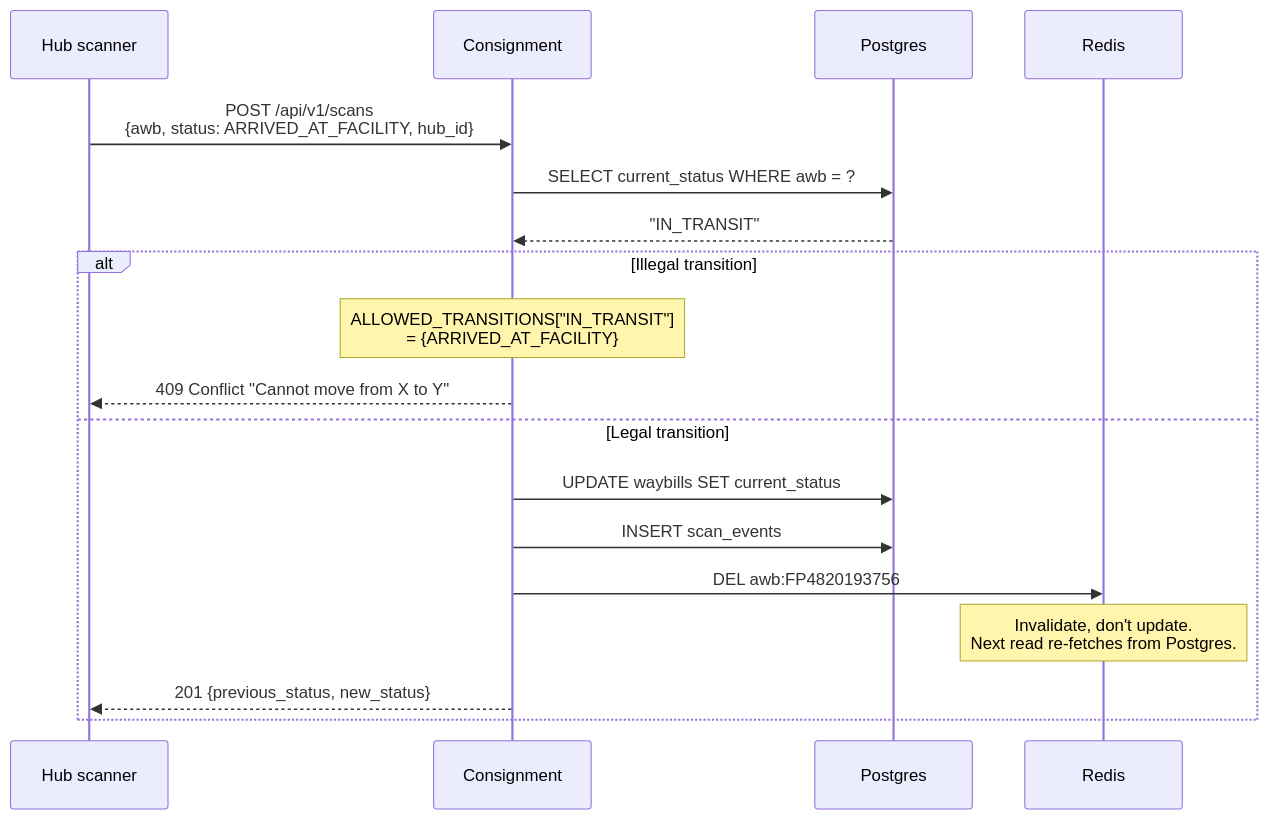
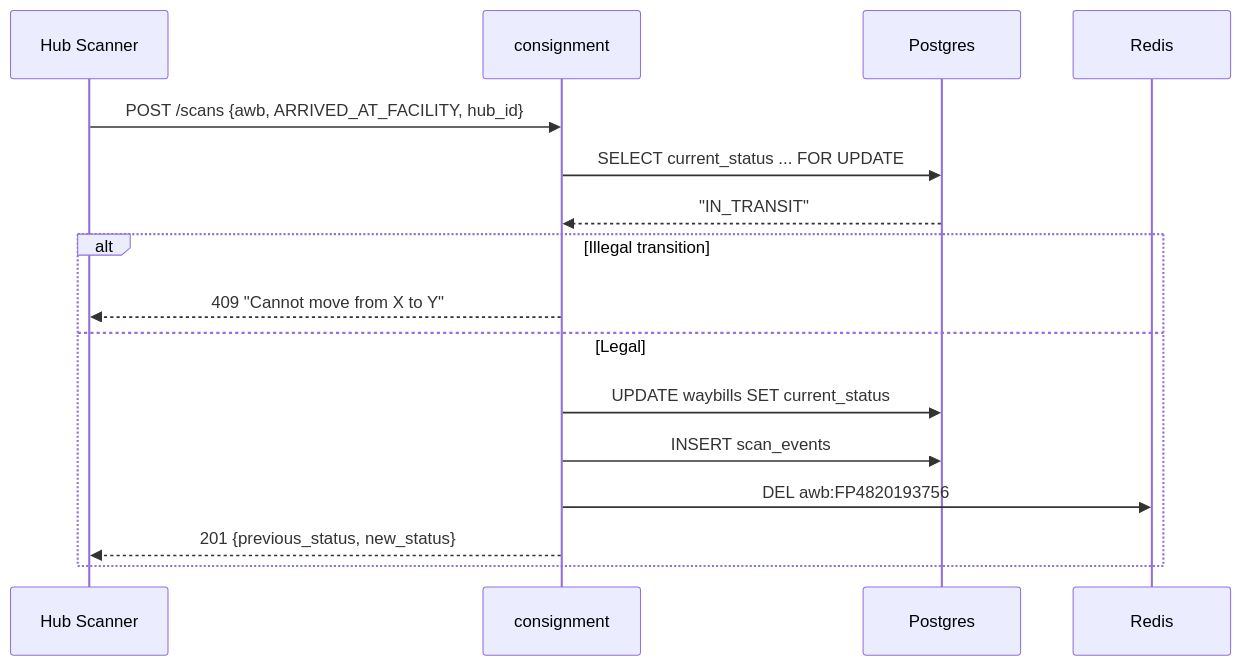
The fifth of 10 diagrams in docs/FleetPulse-Architecture.md (shashu775/fleetpulse), drawn with Mermaid before and after one commit. The commit also changed other lines of this file and 40 other files, not shown here.

````diff
--- a/docs/FleetPulse-Architecture.md
+++ b/docs/FleetPulse-Architecture.md
@@ -163,22 +241,20 @@
 ```mermaid
 sequenceDiagram
-    participant H as Hub scanner
-    participant C as Consignment
+    participant H as Hub Scanner
+    participant C as consignment
     participant P as Postgres
     participant R as Redis
 
-    H->>C: POST /api/v1/scans<br/>{awb, status: ARRIVED_AT_FACILITY, hub_id}
-    C->>P: SELECT current_status WHERE awb = ?
+    H->>C: POST /scans {awb, ARRIVED_AT_FACILITY, hub_id}
+    C->>P: SELECT current_status ... FOR UPDATE
     P-->>C: "IN_TRANSIT"
 
     alt Illegal transition
-        Note over C: ALLOWED_TRANSITIONS["IN_TRANSIT"]<br/>= {ARRIVED_AT_FACILITY}
-        C-->>H: 409 Conflict "Cannot move from X to Y"
-    else Legal transition
+        C-->>H: 409 "Cannot move from X to Y"
+    else Legal
         C->>P: UPDATE waybills SET current_status
         C->>P: INSERT scan_events
         C->>R: DEL awb:FP4820193756
-        Note over R: Invalidate, don't update.<br/>Next read re-fetches from Postgres.
         C-->>H: 201 {previous_status, new_status}
     end
 ```
````
